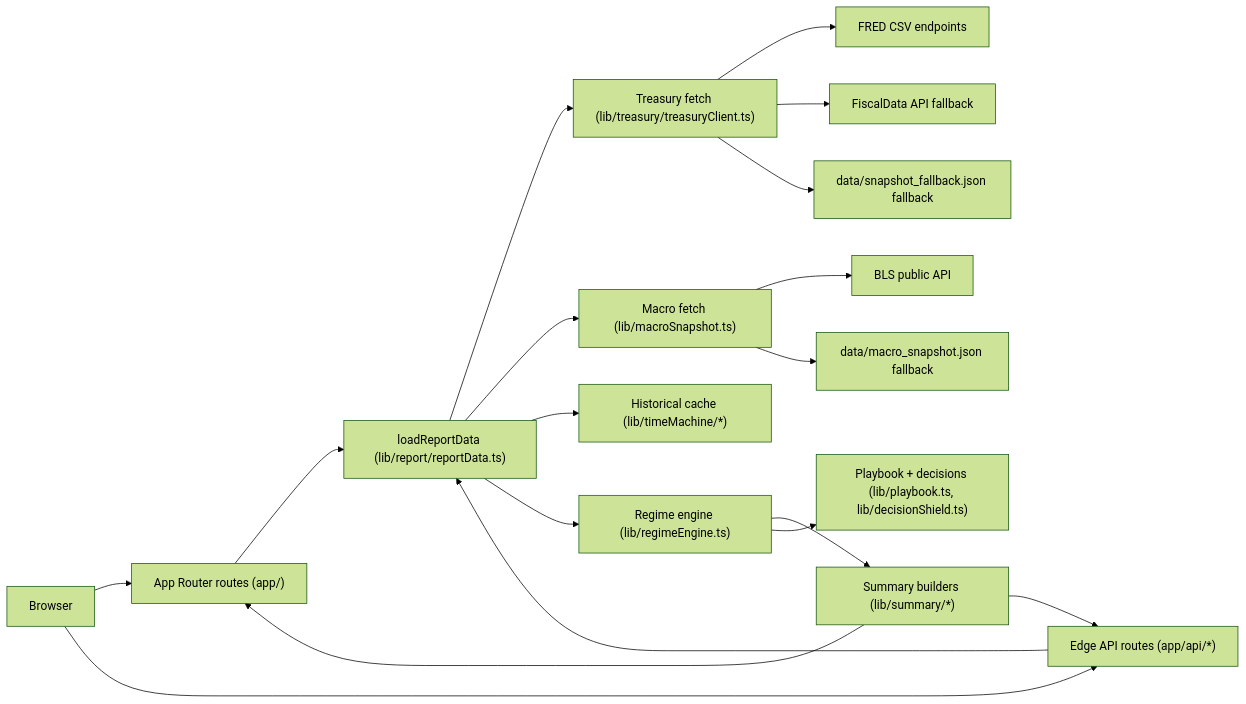
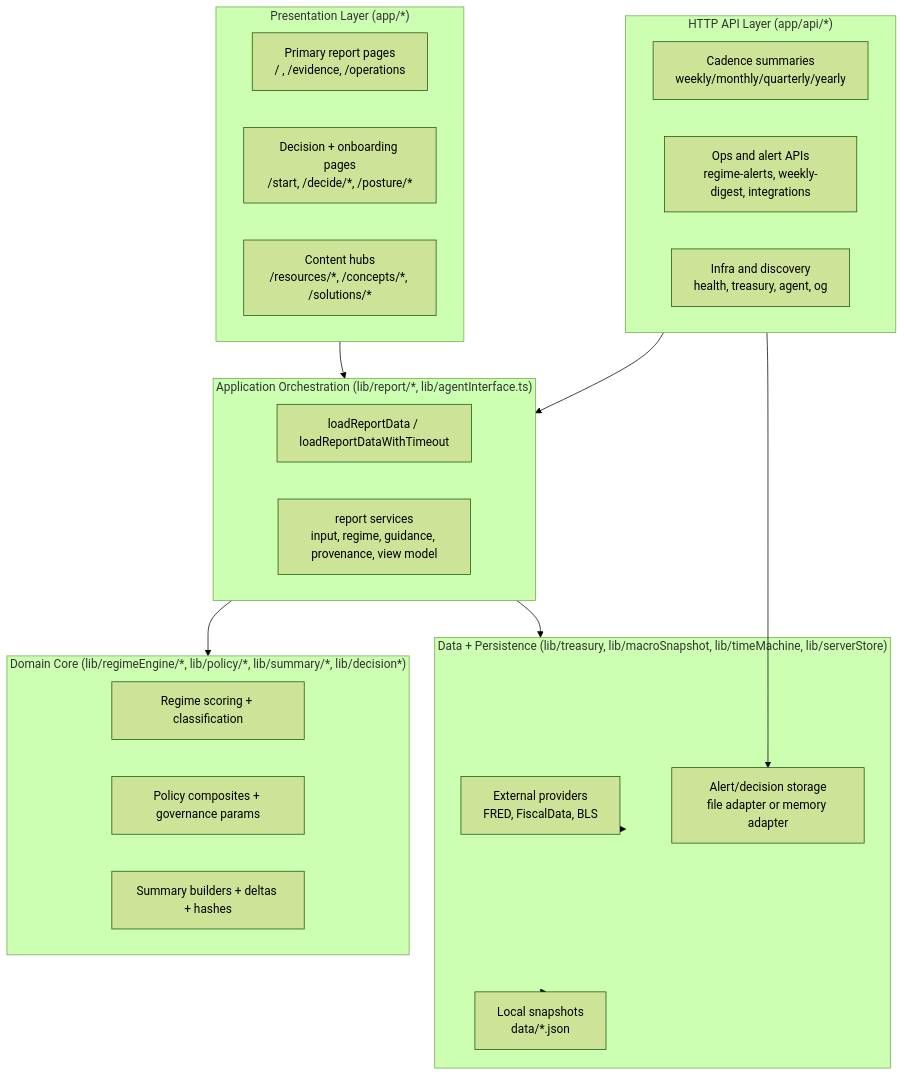
One commit to zz-plant/whether changed the diagram in docs/architecture.md. Above: the diagram before and after it, drawn with Mermaid (forest theme). The commit also changed other lines of this file and 18 other files, not shown here.

Commit message:
Document architecture and refactor

````diff
--- a/docs/architecture.md
+++ b/docs/architecture.md
@@ -19,25 +32,39 @@
 ```mermaid
-flowchart LR
-  Browser --> AppRoutes["App Router routes (app/)"]
-  Browser --> ApiRoutes["Edge API routes (app/api/*)"]
+flowchart TD
+  subgraph UI["Presentation Layer (app/*)"]
+    P1["Primary report pages\n/ , /evidence, /operations"]
+    P2["Decision + onboarding pages\n/start, /decide/*, /posture/*"]
+    P3["Content hubs\n/resources/*, /concepts/*, /solutions/*"]
+  end
 
-  AppRoutes --> ReportData["loadReportData (lib/report/reportData.ts)"]
-  ApiRoutes --> ReportData
+  subgraph API["HTTP API Layer (app/api/*)"]
+    A1["Cadence summaries\nweekly/monthly/quarterly/yearly"]
+    A2["Ops and alert APIs\nregime-alerts, weekly-digest, integrations"]
+    A3["Infra and discovery\nhealth, treasury, agent, og"]
+  end
 
-  ReportData --> Treasury["Treasury fetch (lib/treasury/treasuryClient.ts)"]
-  ReportData --> Macro["Macro fetch (lib/macroSnapshot.ts)"]
-  ReportData --> TimeMachine["Historical cache (lib/timeMachine/*)"]
-  ReportData --> Engine["Regime engine (lib/regimeEngine.ts)"]
+  subgraph APP["Application Orchestration (lib/report/*, lib/agentInterface.ts)"]
+    O1["loadReportData / loadReportDataWithTimeout"]
+    O2["report services\ninput, regime, guidance, provenance, view model"]
+  end
 
-  Treasury --> FRED["FRED CSV endpoints"]
-  Treasury --> FiscalData["FiscalData API fallback"]
-  Treasury --> SnapshotFallback["data/snapshot_fallback.json fallback"]
-  Macro --> BLS["BLS public API"]
-  Macro --> MacroSnapshot["data/macro_snapshot.json fallback"]
+  subgraph DOMAIN["Domain Core (lib/regimeEngine/*, lib/policy/*, lib/summary/*, lib/decision*)"]
+    D1["Regime scoring + classification"]
+    D2["Policy composites + governance params"]
+    D3["Summary builders + deltas + hashes"]
+  end
 
-  Engine --> Summaries["Summary builders (lib/summary/*)"]
-  Engine --> Playbook["Playbook + decisions (lib/playbook.ts, lib/decisionShield.ts)"]
+  subgraph DATA["Data + Persistence (lib/treasury, lib/macroSnapshot, lib/timeMachine, lib/serverStore)"]
+    S1["External providers\nFRED, FiscalData, BLS"]
+    S2["Local snapshots\ndata/*.json"]
+    S3["Alert/decision storage\nfile adapter or memory adapter"]
+  end
 
-  Summaries --> ApiRoutes
-  Summaries --> AppRoutes
+  UI --> APP
+  API --> APP
+  APP --> DOMAIN
+  APP --> DATA
+  DATA --> S1
+  DATA --> S2
+  API --> S3
 ```
````
